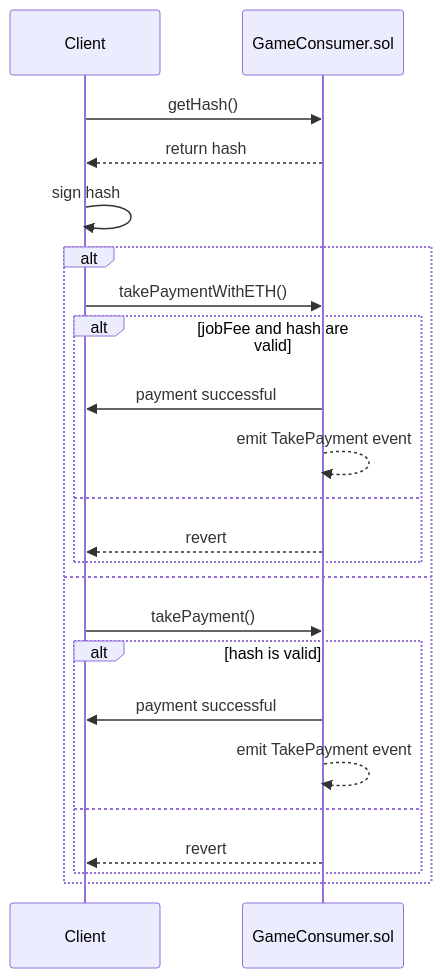
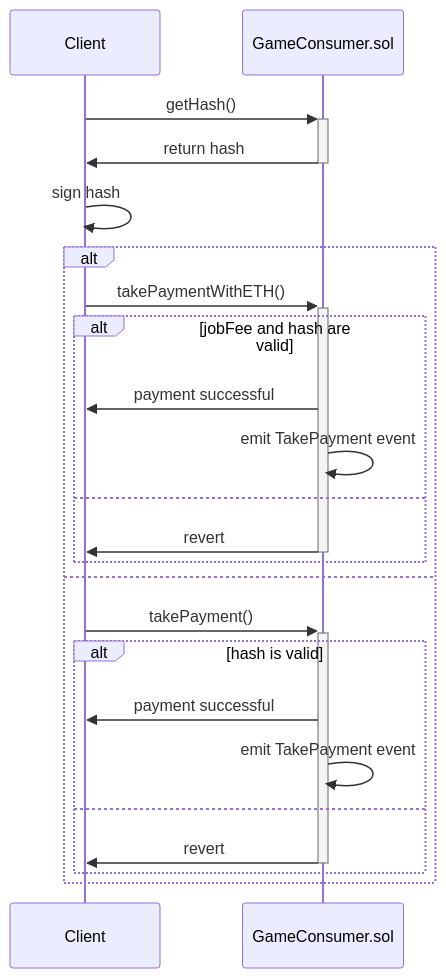
The diagram in doc/features/Harvesting.md (ZTX-Foundation/tuxedo), drawn with Mermaid before and after one commit. The commit also changed 17 other files, not shown here.

````diff
--- a/doc/features/Harvesting.md
+++ b/doc/features/Harvesting.md
@@ -15,25 +15,25 @@
 ```mermaid
 sequenceDiagram
     participant Client
     participant GameConsumer.sol
-    Client->>GameConsumer.sol: getHash()
-    GameConsumer.sol-->>Client: return hash
+    Client->>+GameConsumer.sol: getHash()
+    GameConsumer.sol->>-Client: return hash
     Client->>Client: sign hash
     alt
-        Client->>GameConsumer.sol: takePaymentWithETH()
+        Client->>+GameConsumer.sol: takePaymentWithETH()
         alt jobFee and hash are valid
             GameConsumer.sol->>Client: payment successful
-            GameConsumer.sol-->>GameConsumer.sol: emit TakePayment event
+            GameConsumer.sol->>GameConsumer.sol: emit TakePayment event
         else
-            GameConsumer.sol-->>Client: revert
+            GameConsumer.sol->>-Client: revert
         end
     else
-        Client->>GameConsumer.sol: takePayment()
+        Client->>+GameConsumer.sol: takePayment()
         alt hash is valid
             GameConsumer.sol->>Client: payment successful
-            GameConsumer.sol-->>GameConsumer.sol: emit TakePayment event
+            GameConsumer.sol->>GameConsumer.sol: emit TakePayment event
         else
-            GameConsumer.sol-->>Client: revert
+            GameConsumer.sol->>-Client: revert
         end 
     end
 ```
````
